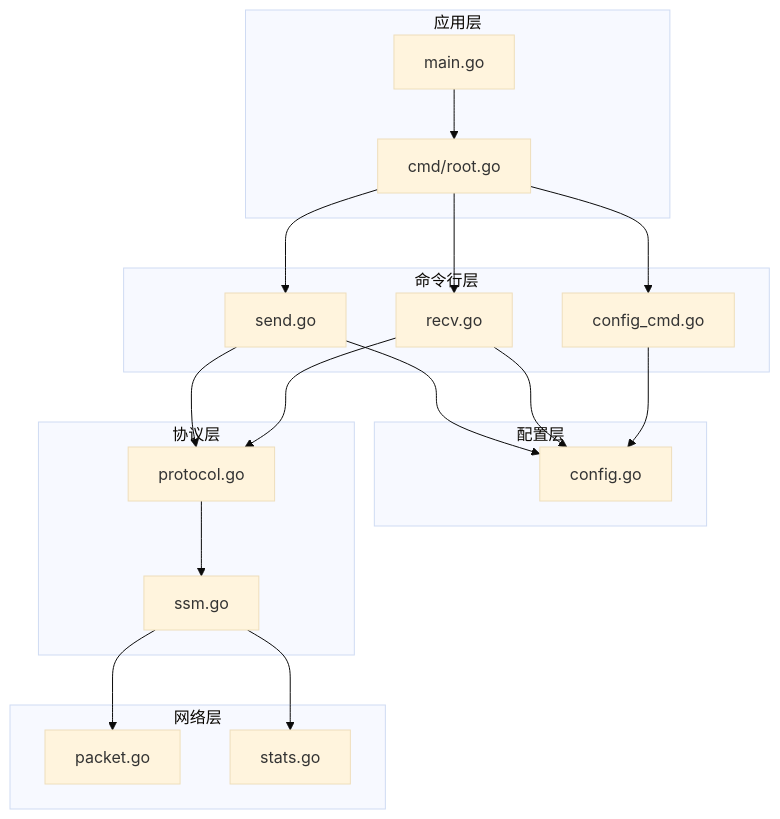
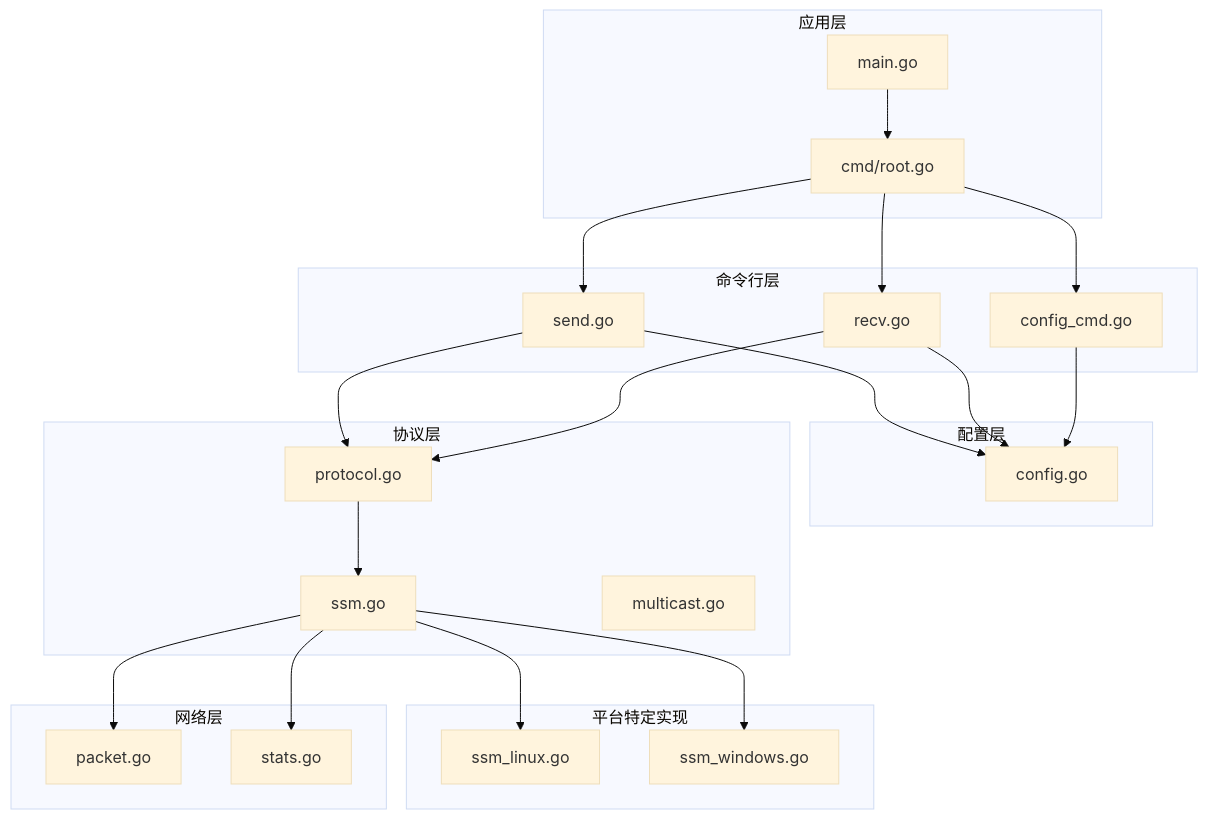
One commit to yanzhen74/ping-x changed the third of 10 diagrams in .qoder/repowiki/zh/content/网络协议支持/SSM 协议测试.md. Above: the diagram before and after it, drawn with Mermaid (base theme). The commit also changed other lines of this file and 16 other files, not shown here.

````diff
--- a/.qoder/repowiki/zh/content/网络协议支持/SSM 协议测试.md
+++ b/.qoder/repowiki/zh/content/网络协议支持/SSM 协议测试.md
@@ -173,35 +189,42 @@
 ```mermaid
 graph TB
 subgraph "应用层"
 A[main.go]
 B[cmd/root.go]
 end
 subgraph "命令行层"
 C[send.go]
 D[recv.go]
 E[config_cmd.go]
 end
 subgraph "配置层"
 F[config.go]
 end
 subgraph "协议层"
 G[protocol.go]
 H[ssm.go]
+I[multicast.go]
+end
+subgraph "平台特定实现"
+J[ssm_linux.go]
+K[ssm_windows.go]
 end
 subgraph "网络层"
-I[packet.go]
-J[stats.go]
+L[packet.go]
+M[stats.go]
 end
 A --> B
 B --> C
 B --> D
 B --> E
 C --> F
 D --> F
 E --> F
 C --> G
 D --> G
 G --> H
-H --> I
 H --> J
+H --> K
+H --> L
+H --> M
 ```
````
